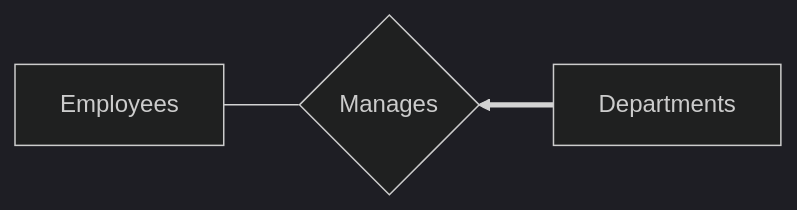
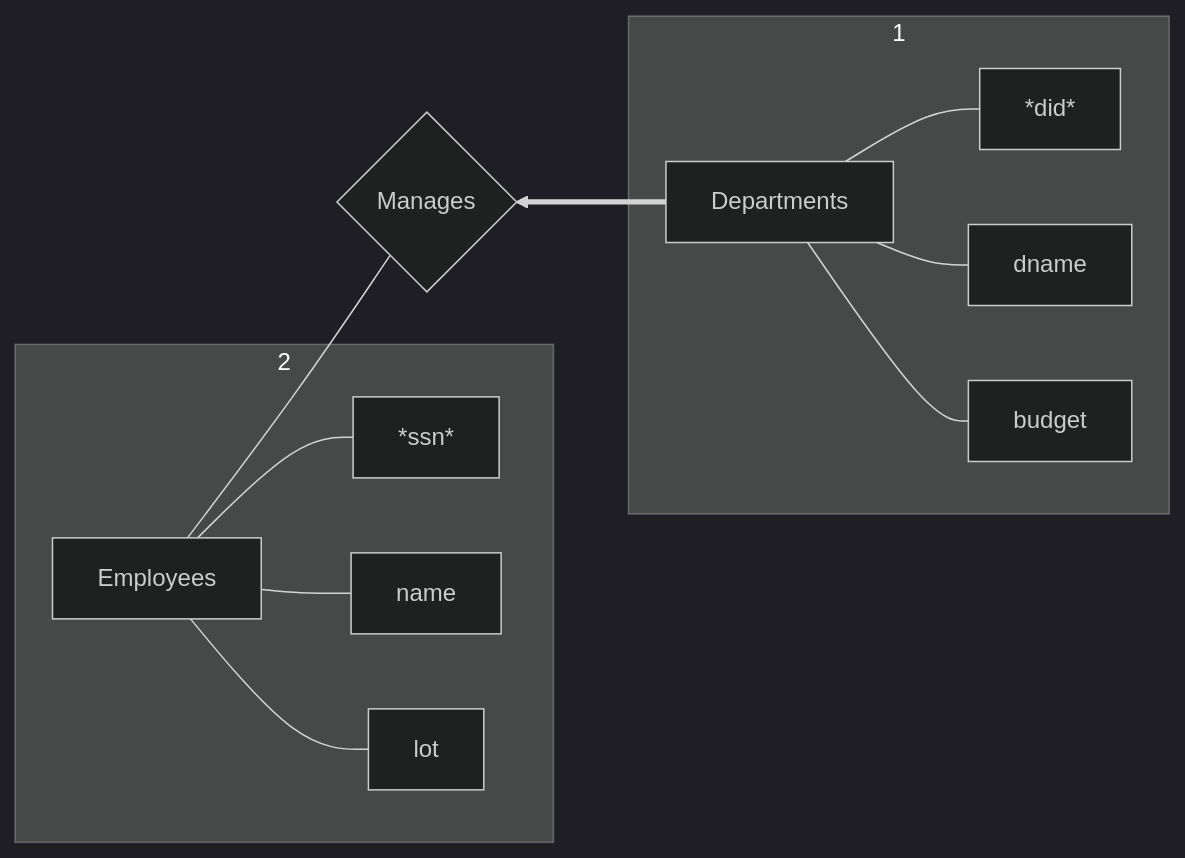
One commit to zxc2012/PAT_Code changed the second of 2 diagrams in docs/cs/cs186_2.md. Above: the diagram before and after it, drawn with Mermaid (dark theme). The commit also changed other lines of this file, not shown here.

````diff
--- a/docs/cs/cs186_2.md
+++ b/docs/cs/cs186_2.md
@@ -25,7 +45,17 @@
 ```mermaid
 graph RL
 
   id1[Departments]==>id2{Manages};
+  subgraph 1
+    *did*---id1;
+    dname---id1;
+    budget---id1;
+  end
   id2---id3[Employees];
+  subgraph 2
+    *ssn*---id3;
+    name---id3;
+    lot---id3;
+  end
 
 ```  
````
